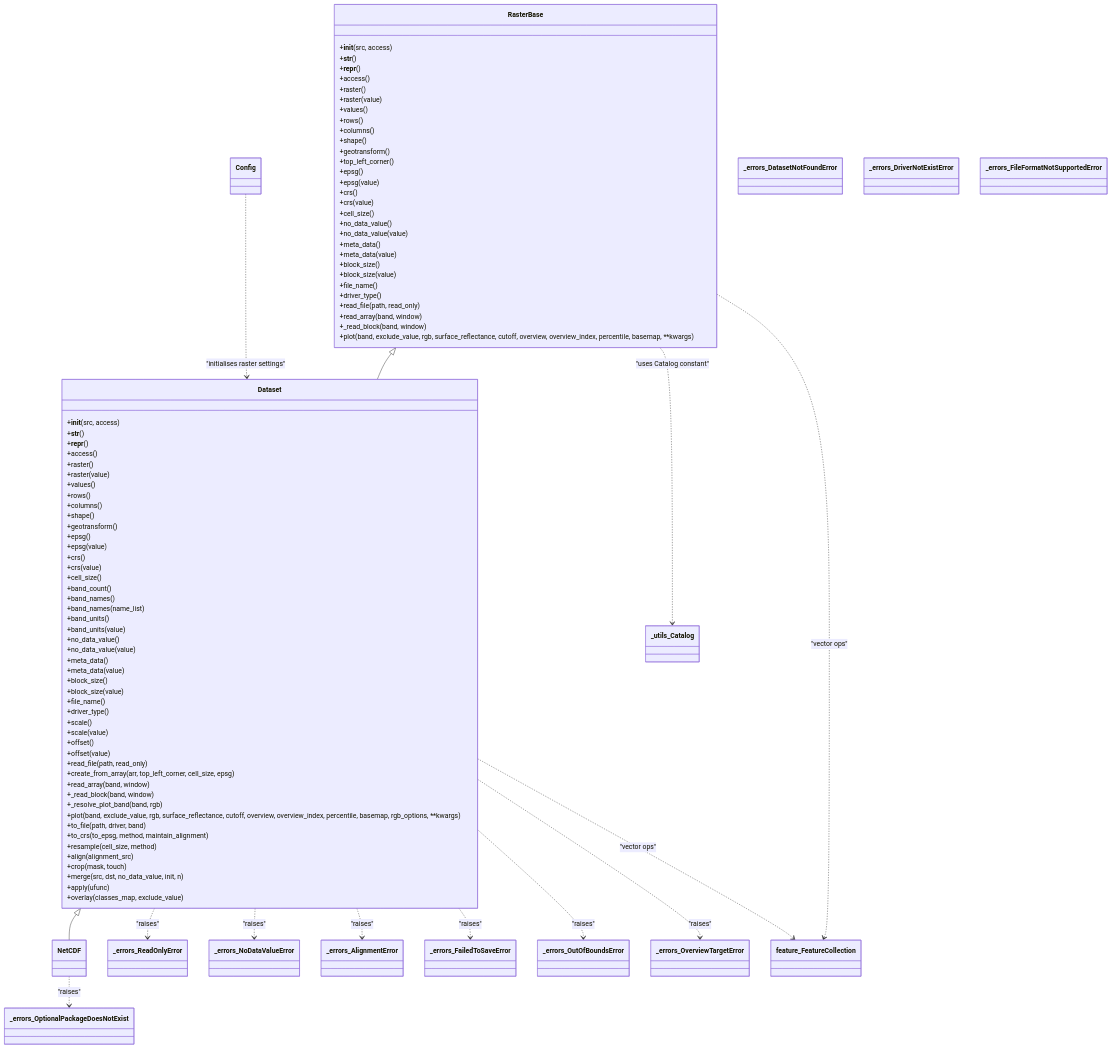
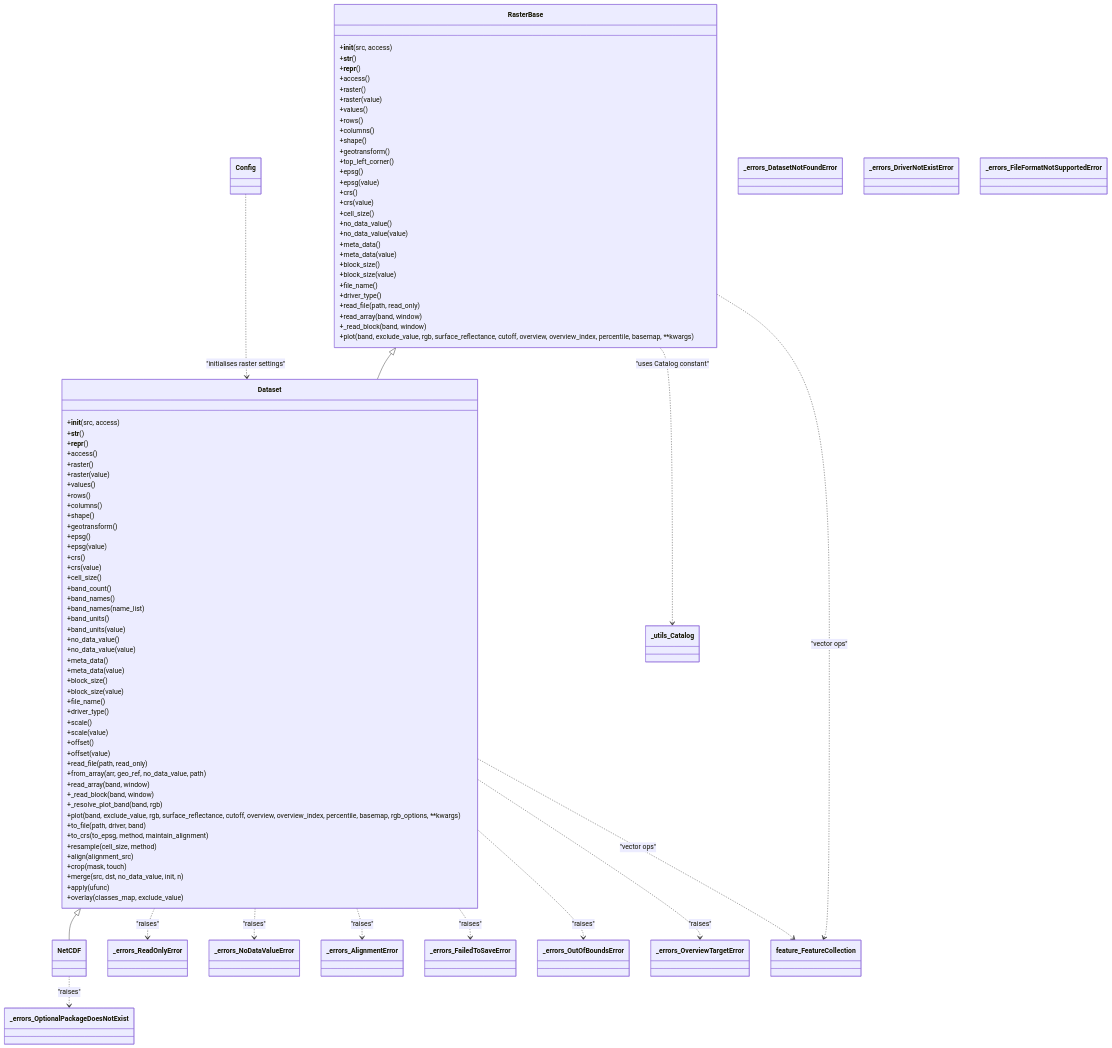
Before and after one commit to serapeum-org/pyramids: the third of 4 diagrams in docs/reference/dataset/index.md, drawn with Mermaid. The commit also changed other lines of this file and 246 other files, not shown here.

```diff
--- a/docs/reference/dataset/index.md
+++ b/docs/reference/dataset/index.md
@@ -112,7 +112,7 @@
         +offset()
         +offset(value)
         +read_file(path, read_only)
-        +create_from_array(arr, top_left_corner, cell_size, epsg)
+        +from_array(arr, geo_ref, no_data_value, path)
         +read_array(band, window)
         +_read_block(band, window)
         +_resolve_plot_band(band, rgb)
```
